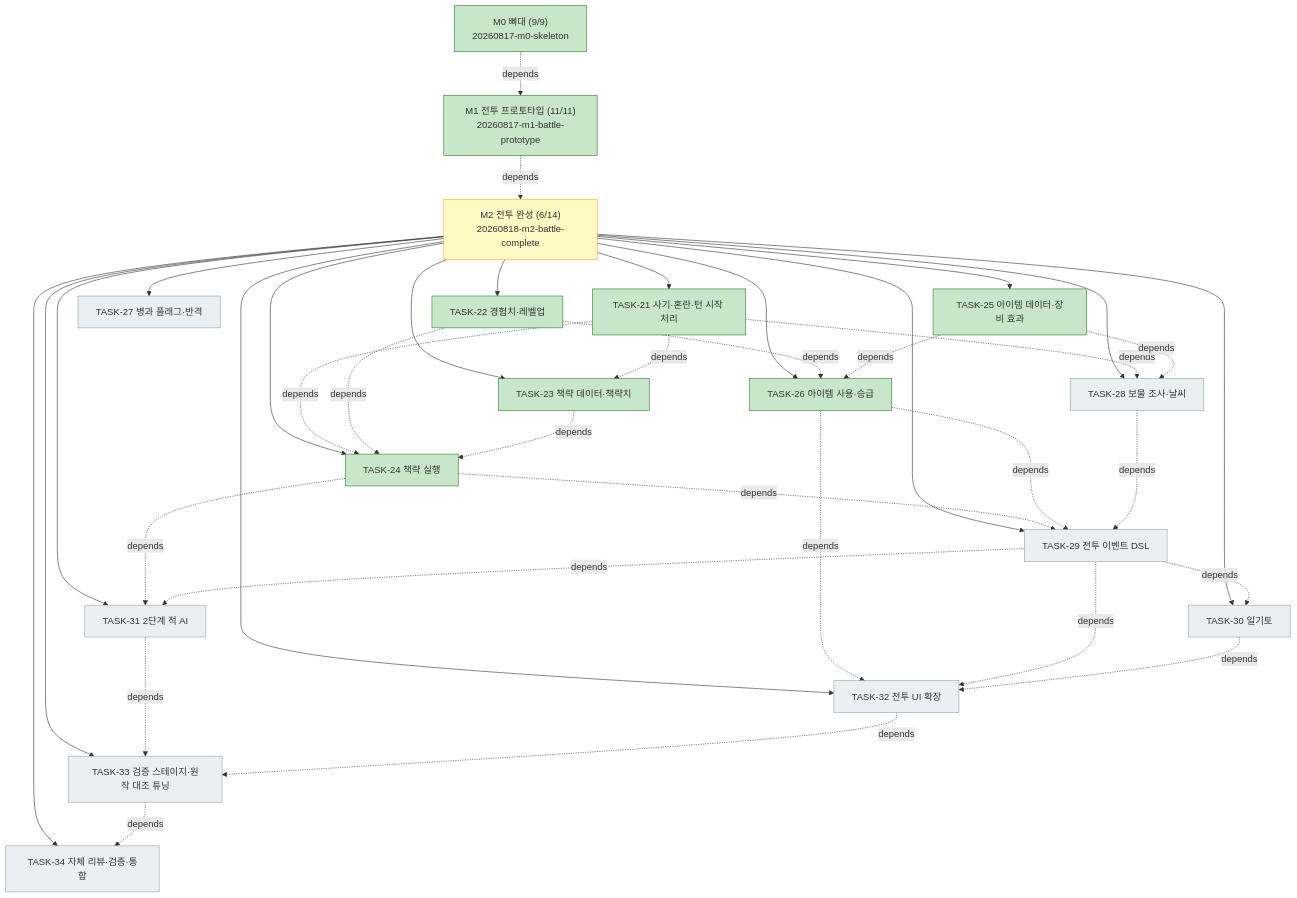
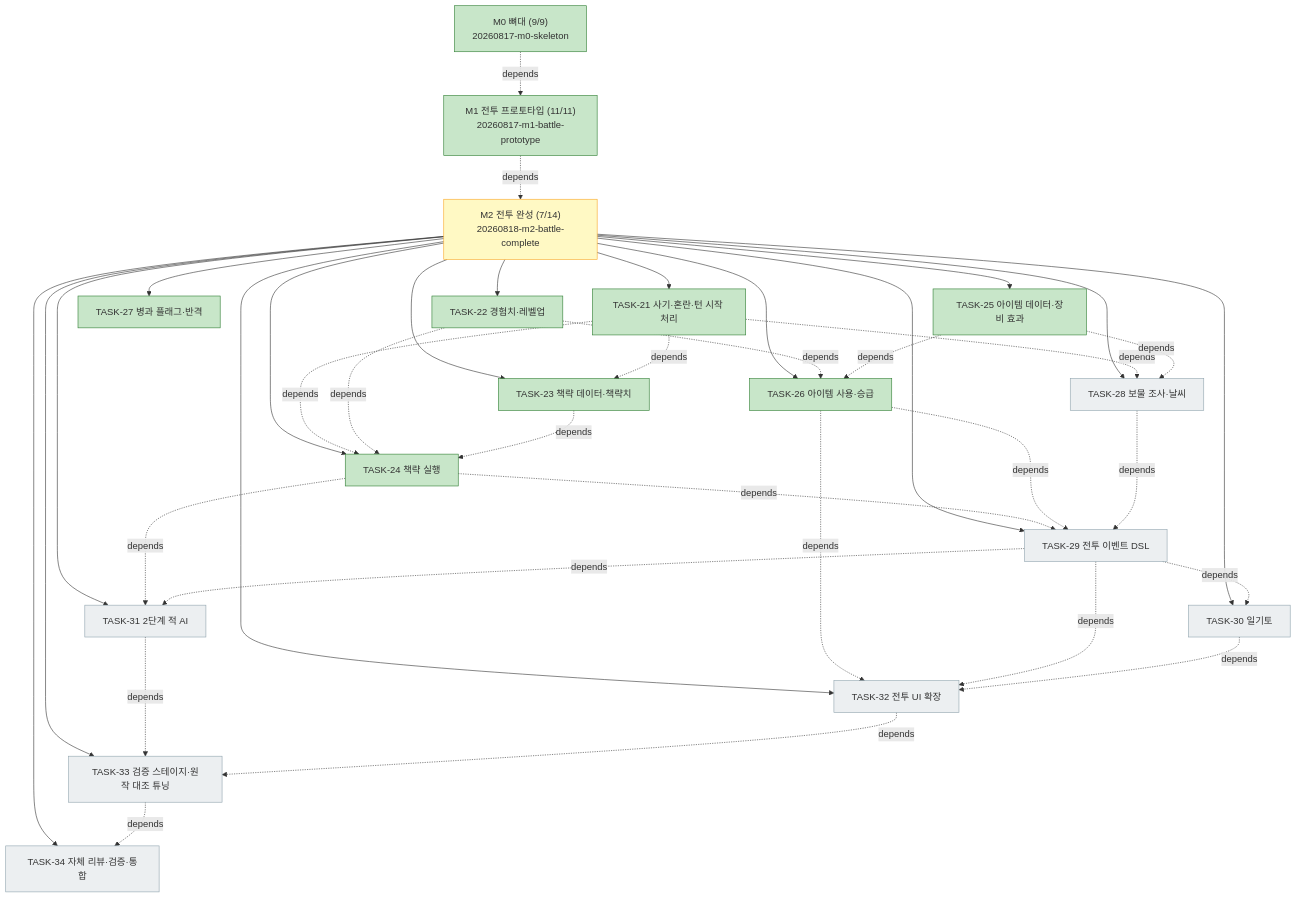
The diagram in docs/plan.md (bluesky5008/HERO), drawn with Mermaid before and after one commit. The commit also changed other lines of this file and 11 other files, not shown here.

````diff
--- a/docs/plan.md
+++ b/docs/plan.md
@@ -77,46 +77,46 @@
 ```mermaid
 flowchart TD
     M0["M0 뼈대 (9/9)<br/>20260817-m0-skeleton"]:::done
     M1["M1 전투 프로토타입 (11/11)<br/>20260817-m1-battle-prototype"]:::done
-    M2["M2 전투 완성 (6/14)<br/>20260818-m2-battle-complete"]:::active
+    M2["M2 전투 완성 (7/14)<br/>20260818-m2-battle-complete"]:::active
     M0 -. depends .-> M1
     M1 -. depends .-> M2
     M2 --> T21["TASK-21 사기·혼란·턴 시작 처리"]:::done
     M2 --> T22["TASK-22 경험치·레벨업"]:::done
     M2 --> T23["TASK-23 책략 데이터·책략치"]:::done
     M2 --> T24["TASK-24 책략 실행"]:::done
     M2 --> T25["TASK-25 아이템 데이터·장비 효과"]:::done
     M2 --> T26["TASK-26 아이템 사용·승급"]:::done
-    M2 --> T27["TASK-27 병과 플래그·반격"]:::todo
+    M2 --> T27["TASK-27 병과 플래그·반격"]:::done
     M2 --> T28["TASK-28 보물 조사·날씨"]:::todo
     M2 --> T29["TASK-29 전투 이벤트 DSL"]:::todo
     M2 --> T30["TASK-30 일기토"]:::todo
     M2 --> T31["TASK-31 2단계 적 AI"]:::todo
     M2 --> T32["TASK-32 전투 UI 확장"]:::todo
     M2 --> T33["TASK-33 검증 스테이지·원작 대조 튜닝"]:::todo
     M2 --> T34["TASK-34 자체 리뷰·검증·통합"]:::todo
     T21 -. depends .-> T23
     T21 -. depends .-> T24
     T22 -. depends .-> T24
     T23 -. depends .-> T24
     T22 -. depends .-> T26
     T25 -. depends .-> T26
     T21 -. depends .-> T28
     T25 -. depends .-> T28
     T24 -. depends .-> T29
     T26 -. depends .-> T29
     T28 -. depends .-> T29
     T29 -. depends .-> T30
     T24 -. depends .-> T31
     T29 -. depends .-> T31
     T26 -. depends .-> T32
     T29 -. depends .-> T32
     T30 -. depends .-> T32
     T31 -. depends .-> T33
     T32 -. depends .-> T33
     T33 -. depends .-> T34
     classDef done fill:#c8e6c9,stroke:#2e7d32
     classDef active fill:#fff9c4,stroke:#f9a825
     classDef todo fill:#eceff1,stroke:#90a4ae
     classDef gate fill:#ffcdd2,stroke:#c62828
 ```
````
